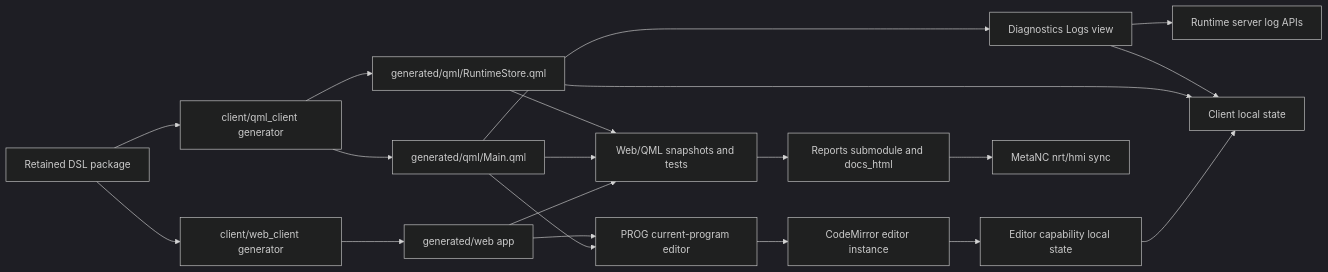
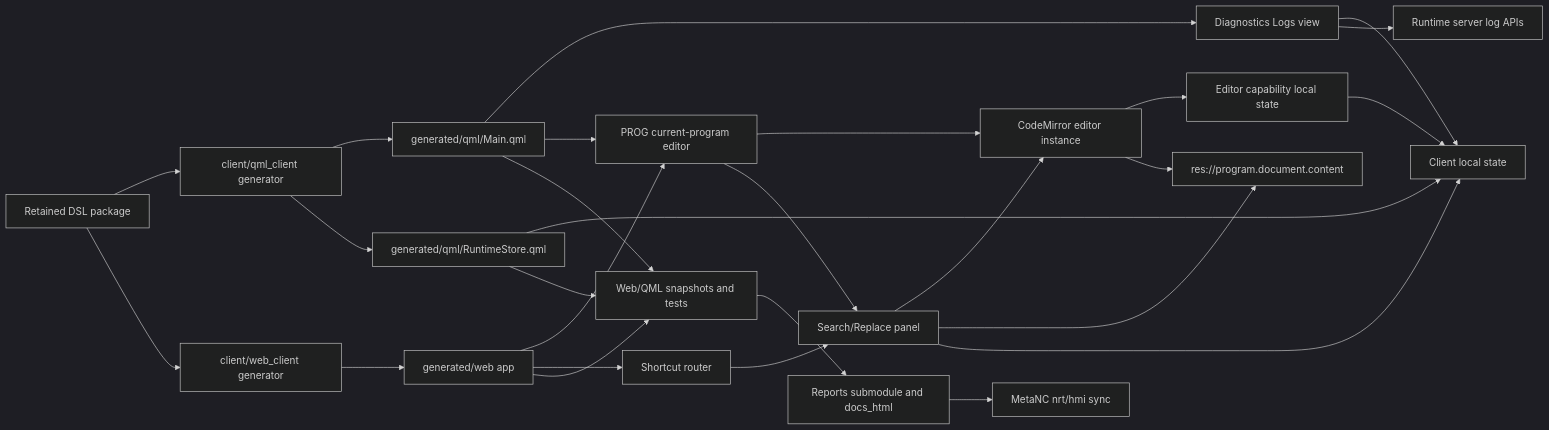
Before and after one commit to luppiterw/metanc_hmi_dsl_reports: the diagram in 2026-05-07-codex-session/architecture-diagram.md, drawn with Mermaid (dark theme). The commit also changed 18 other files, not shown here.

Commit message:
docs: refresh 2026-05-07 PROG editor report

````diff
--- a/2026-05-07-codex-session/architecture-diagram.md
+++ b/2026-05-07-codex-session/architecture-diagram.md
@@ -3,38 +3,48 @@
 ```mermaid
 flowchart LR
     dsl[Retained DSL package]
     qmlgen[client/qml_client generator]
     mainqml[generated/qml/Main.qml]
     store[generated/qml/RuntimeStore.qml]
     logs[Diagnostics Logs view]
     webgen[client/web_client generator]
     webapp[generated/web app]
     prog[PROG current-program editor]
     editor[CodeMirror editor instance]
+    search[Search/Replace panel]
+    shortcuts[Shortcut router]
     caps[Editor capability local state]
     local[Client local state]
+    resource[res://program.document.content]
     server[Runtime server log APIs]
     snapshots[Web/QML snapshots and tests]
     reports[Reports submodule and docs_html]
     metanc[MetaNC nrt/hmi sync]
 
     dsl --> qmlgen
     dsl --> webgen
     qmlgen --> mainqml
     qmlgen --> store
     webgen --> webapp
     mainqml --> logs
     mainqml --> prog
     webapp --> prog
+    webapp --> shortcuts
     prog --> editor
+    prog --> search
+    shortcuts --> search
+    search --> editor
+    search --> resource
     editor --> caps
+    editor --> resource
     caps --> local
+    search --> local
     store --> local
     logs --> local
     logs --> server
     webapp --> snapshots
     mainqml --> snapshots
     store --> snapshots
     snapshots --> reports
     reports --> metanc
 ```
````
